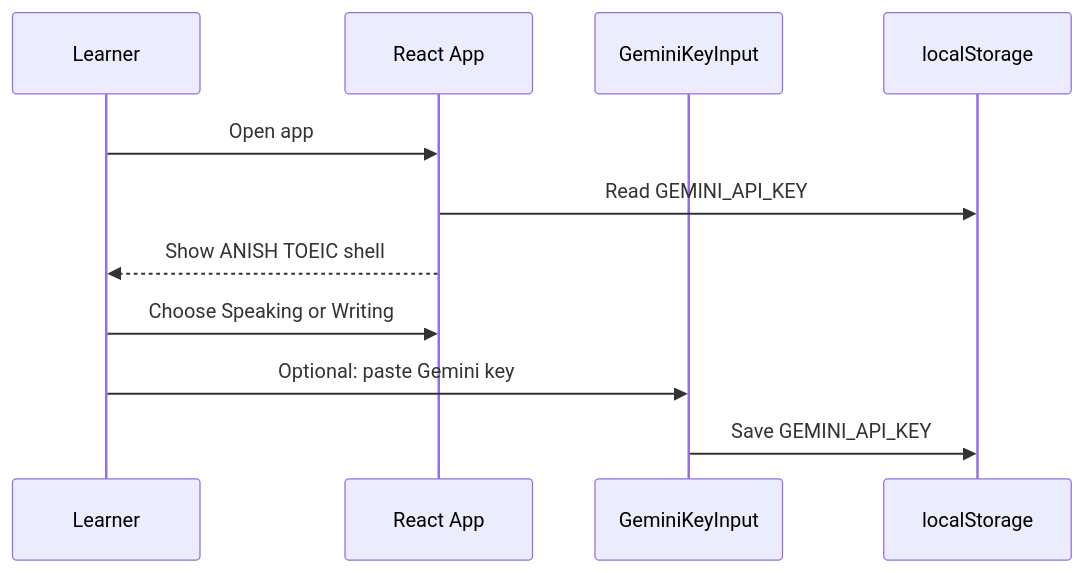
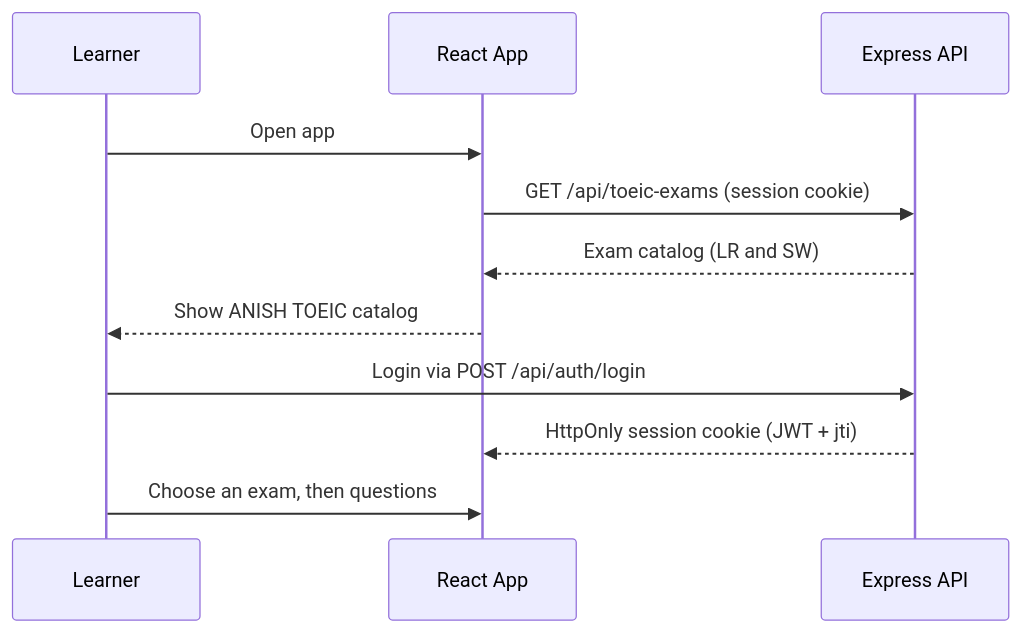
Before and after one commit to initforge/mini-ielts.score: the first of 5 diagrams in docs/02-exam-workflows.md, drawn with Mermaid. The commit also changed other lines of this file and 1068 other files, not shown here.

````diff
--- a/docs/02-exam-workflows.md
+++ b/docs/02-exam-workflows.md
@@ -8,14 +8,14 @@
 ```mermaid
 sequenceDiagram
   participant User as Learner
   participant App as React App
-  participant Key as GeminiKeyInput
-  participant Store as localStorage
+  participant API as Express API
 
   User->>App: Open app
-  App->>Store: Read GEMINI_API_KEY
-  App-->>User: Show ANISH TOEIC shell
-  User->>App: Choose Speaking or Writing
-  User->>Key: Optional: paste Gemini key
-  Key->>Store: Save GEMINI_API_KEY
+  App->>API: GET /api/toeic-exams (session cookie)
+  API-->>App: Exam catalog (LR and SW)
+  App-->>User: Show ANISH TOEIC catalog
+  User->>API: Login via POST /api/auth/login
+  API-->>App: HttpOnly session cookie (JWT + jti)
+  User->>App: Choose an exam, then questions
 ```
````
